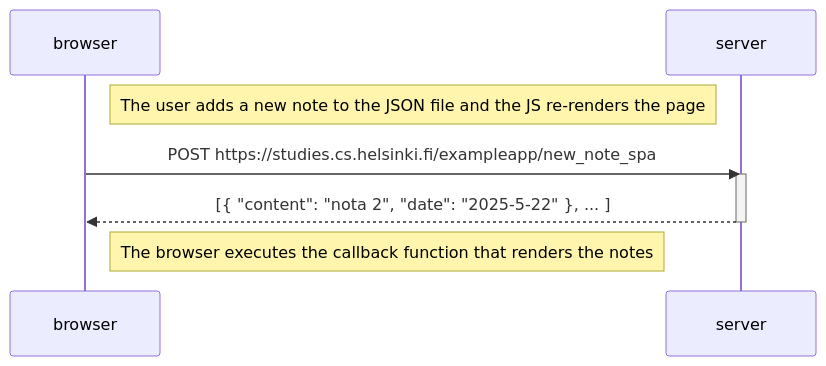
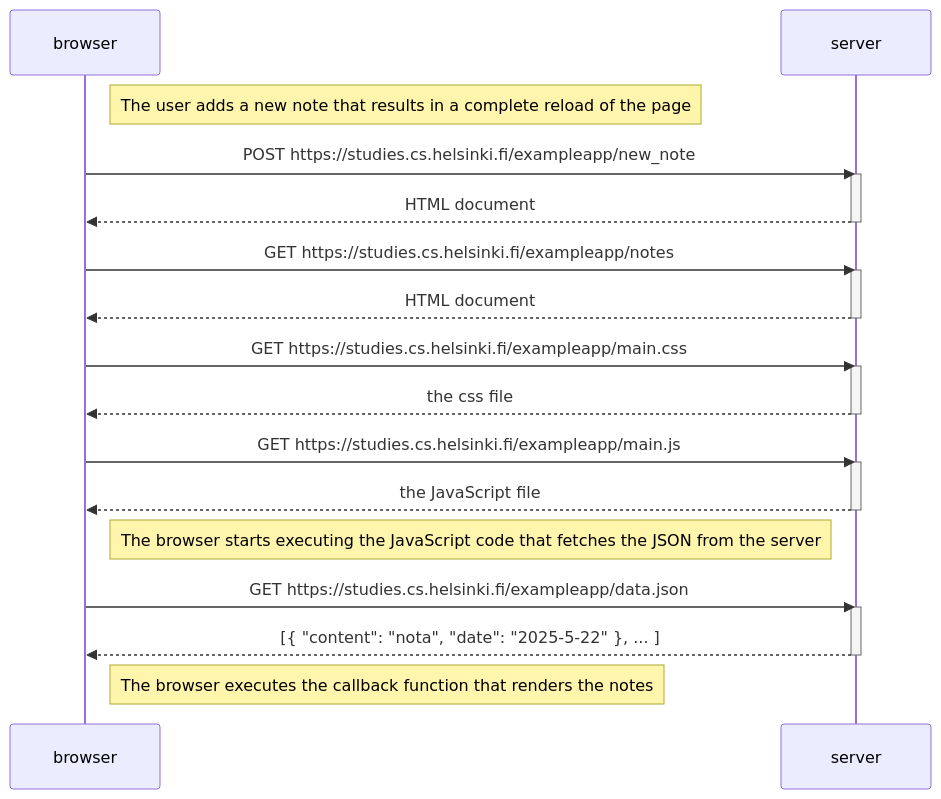
Before and after one commit to Euskindar/Fullstack-Course: the diagram in part0/ex0.5.md, drawn with Mermaid. The commit also changed 1 other file, not shown here.

Commit message:
rename ex0.5 to ex0.6 and starting correctly ex0.5

````diff
--- a/part0/ex0.5.md
+++ b/part0/ex0.5.md
@@ -1,14 +1,36 @@
 ```mermaid
 sequenceDiagram
     participant browser
     participant server
 
-    Note right of browser: The user adds a new note to the JSON file and the JS re-renders the page
+    Note right of browser: The user adds a new note that results in a complete reload of the page
 
-    browser->>server: POST https://studies.cs.helsinki.fi/exampleapp/new_note_spa
+    browser->>server: POST https://studies.cs.helsinki.fi/exampleapp/new_note
     activate server
-    server-->>browser: [{ "content": "nota 2", "date": "2025-5-22" }, ... ]
+    server-->>browser: HTML document
+    deactivate server
+
+    browser->>server: GET https://studies.cs.helsinki.fi/exampleapp/notes
+    activate server
+    server-->>browser: HTML document
+    deactivate server
+
+    browser->>server: GET https://studies.cs.helsinki.fi/exampleapp/main.css
+    activate server
+    server-->>browser: the css file
+    deactivate server
+
+    browser->>server: GET https://studies.cs.helsinki.fi/exampleapp/main.js
+    activate server
+    server-->>browser: the JavaScript file
+    deactivate server
+
+    Note right of browser: The browser starts executing the JavaScript code that fetches the JSON from the server
+
+    browser->>server: GET https://studies.cs.helsinki.fi/exampleapp/data.json
+    activate server
+    server-->>browser: [{ "content": "nota", "date": "2025-5-22" }, ... ]
     deactivate server
 
     Note right of browser: The browser executes the callback function that renders the notes
 ```
````
